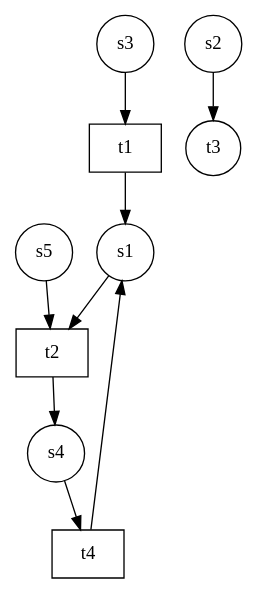
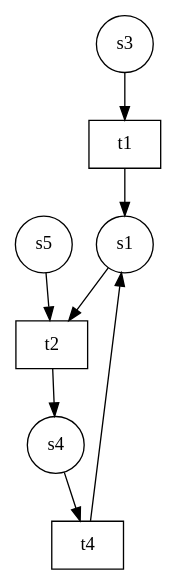
One commit to dnannen/reduction-of-petri-nets changed the diagram in Reduktionsalgorithmen/petri-netz.gv. Above: the diagram before and after it, drawn with Graphviz. The commit also changed 1 other file, not shown here.

```diff
--- a/Reduktionsalgorithmen/petri-netz.gv
+++ b/Reduktionsalgorithmen/petri-netz.gv
@@ -1,18 +1,17 @@
 digraph petrinet{
 node[shape=circle];
 "s1";
 "s3";
 "s4";
 "s5";
 "t1" [shape=box];
 "t2" [shape=box];
 "t4" [shape=box];
 "s1"->"t2"
-"s2"->"t3"
 "s3"->"t1"
 "s4"->"t4"
 "s5"->"t2"
 "t1"->"s1"
 "t2"->"s4"
 "t4"->"s1"
 }
```
